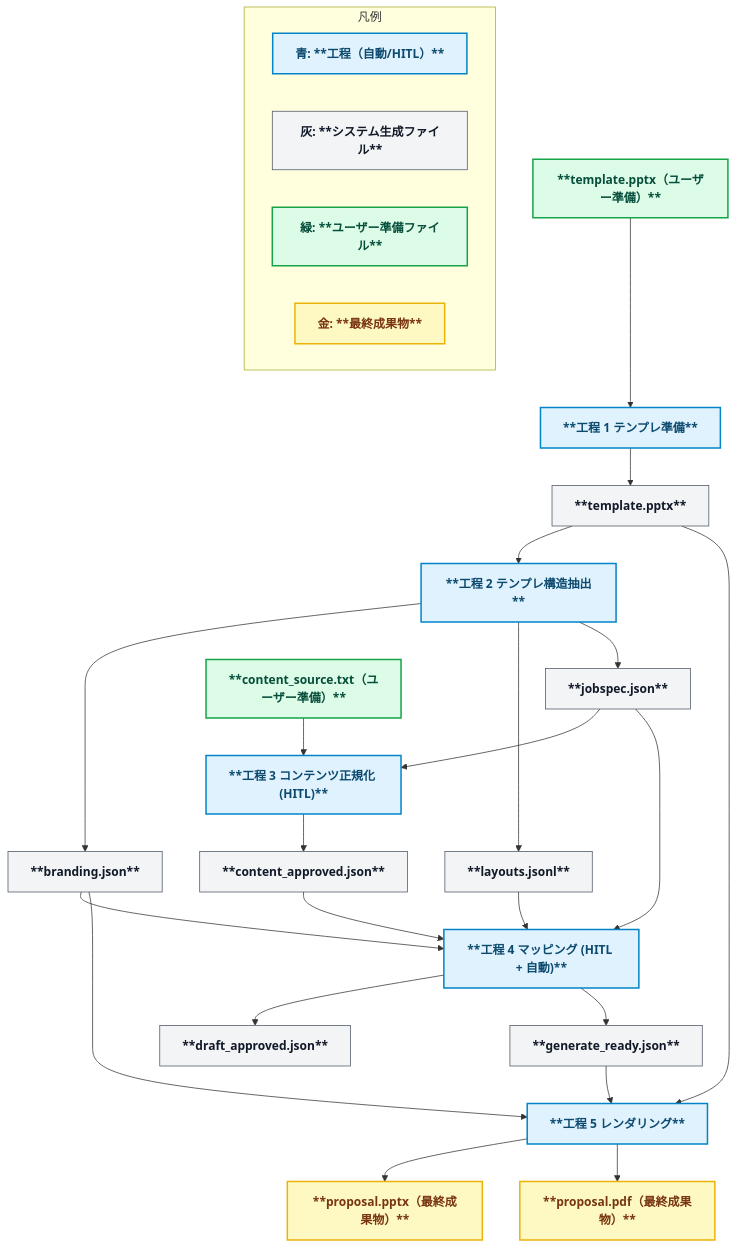
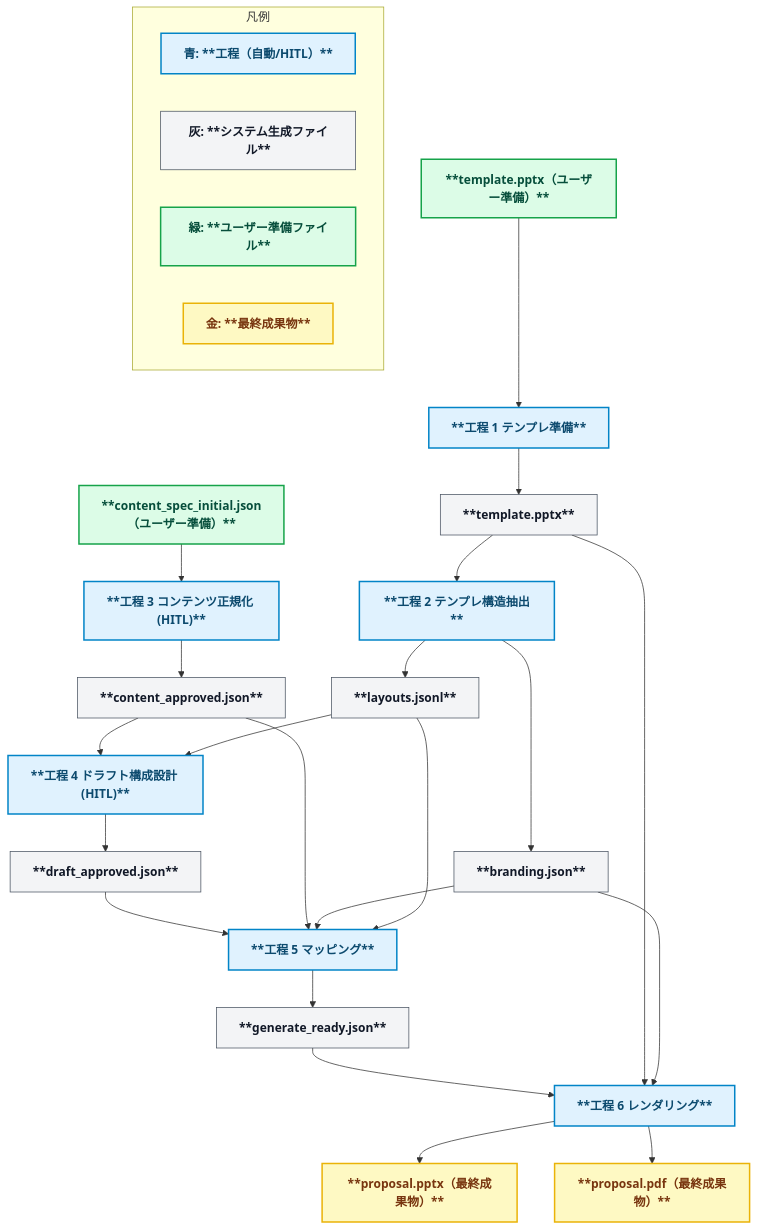
The diagram in README.md (yurake/pptx_generator), drawn with Mermaid before and after one commit. The commit also changed other lines of this file and 8 other files, not shown here.

Commit message:
fix(cli): enforce generate_ready template metadata

````diff
--- a/README.md
+++ b/README.md
@@ -29,47 +30,49 @@
 ```mermaid
 flowchart TD
   %% ======= Styles =======
   classDef stage fill:#e0f2fe,stroke:#0284c7,stroke-width:2px,color:#0c4a6e,font-weight:bold;
   classDef file fill:#f3f4f6,stroke:#4b5563,stroke-width:1px,color:#111827,font-weight:bold;
   classDef userfile fill:#dcfce7,stroke:#16a34a,stroke-width:2px,color:#064e3b,font-weight:bold;
   classDef final fill:#fef9c3,stroke:#eab308,stroke-width:2px,color:#78350f,font-weight:bold;
 
   %% ======= Stage 1 =======
   Tmpl["**template.pptx（ユーザー準備）**"]:::userfile --> S1["**工程 1 テンプレ準備**"]:::stage
   S1 --> Tmpl_out["**template.pptx**"]:::file
 
   %% ======= Stage 2 =======
   Tmpl_out --> S2["**工程 2 テンプレ構造抽出**"]:::stage
   S2 --> Brand["**branding.json**"]:::file
   S2 --> Layouts["**layouts.jsonl**"]:::file
-  S2 --> Jobspec["**jobspec.json**"]:::file
 
   %% ======= Stage 3 =======
-  ContentSrc["**content_source.txt（ユーザー準備）**"]:::userfile --> S3["**工程 3 コンテンツ正規化 (HITL)**"]:::stage
-  Jobspec --> S3
+  Spec["**content_spec_initial.json（ユーザー準備）**"]:::userfile --> S3["**工程 3 コンテンツ正規化 (HITL)**"]:::stage
   S3 --> Content["**content_approved.json**"]:::file
 
   %% ======= Stage 4 =======
-  Content --> S4["**工程 4 マッピング (HITL + 自動)**"]:::stage
+  Content --> S4["**工程 4 ドラフト構成設計 (HITL)**"]:::stage
   Layouts --> S4
-  Brand --> S4
-  Jobspec --> S4
   S4 --> Draft["**draft_approved.json**"]:::file
-  S4 --> Ready["**generate_ready.json**"]:::file
 
   %% ======= Stage 5 =======
-  Ready --> S5["**工程 5 レンダリング**"]:::stage
-  Tmpl_out --> S5
+  Draft --> S5["**工程 5 マッピング**"]:::stage
+  Content --> S5
   Brand --> S5
-  S5 --> PPTX["**proposal.pptx（最終成果物）**"]:::final
-  S5 --> PDF["**proposal.pdf（最終成果物）**"]:::final
+  Layouts --> S5
+  S5 --> Ready["**generate_ready.json**"]:::file
+
+  %% ======= Stage 6 =======
+  Ready --> S6["**工程 6 レンダリング**"]:::stage
+  Tmpl_out --> S6
+  Brand --> S6
+  S6 --> PPTX["**proposal.pptx（最終成果物）**"]:::final
+  S6 --> PDF["**proposal.pdf（最終成果物）**"]:::final
 
   %% ======= Legend =======
   subgraph Legend[凡例]
     direction LR
     A1["青: **工程（自動/HITL）**"]:::stage
     A2["灰: **システム生成ファイル**"]:::file
     A3["緑: **ユーザー準備ファイル**"]:::userfile
     A4["金: **最終成果物**"]:::final
   end
 ```
````
